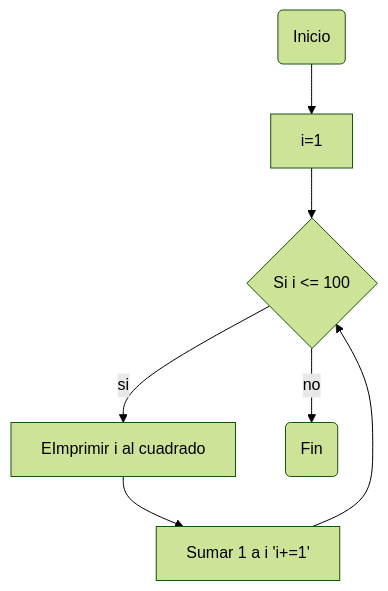
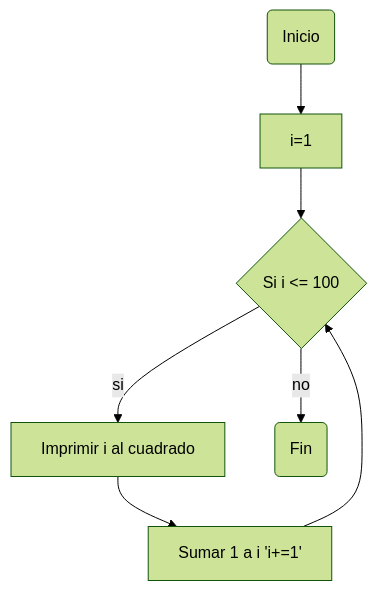
One commit to JuanDCardenas/Reto_7 changed the first of 2 diagrams in README.md. Above: the diagram before and after it, drawn with Mermaid (forest theme). The commit also changed other lines of this file, not shown here.

````diff
--- a/README.md
+++ b/README.md
@@ -19,10 +19,10 @@
 ```mermaid
 flowchart TD
     A(Inicio) --> B[i=1]
     B -->F{Si i <= 100}
-    F -->|si| G[EImprimir i al cuadrado]
+    F -->|si| G[Imprimir i al cuadrado]
     F --> |no|L(Fin)
     G -->J[Sumar 1 a i 'i+=1' ]
     J -->F
     
 ```
````
